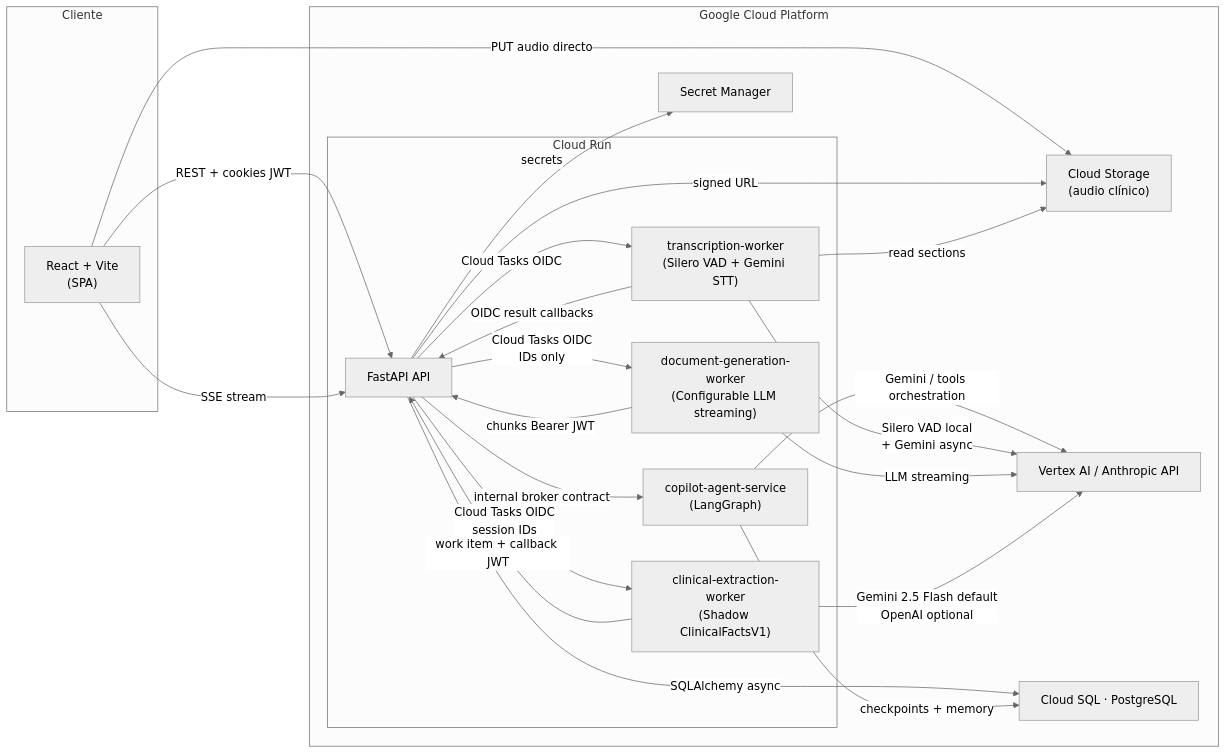
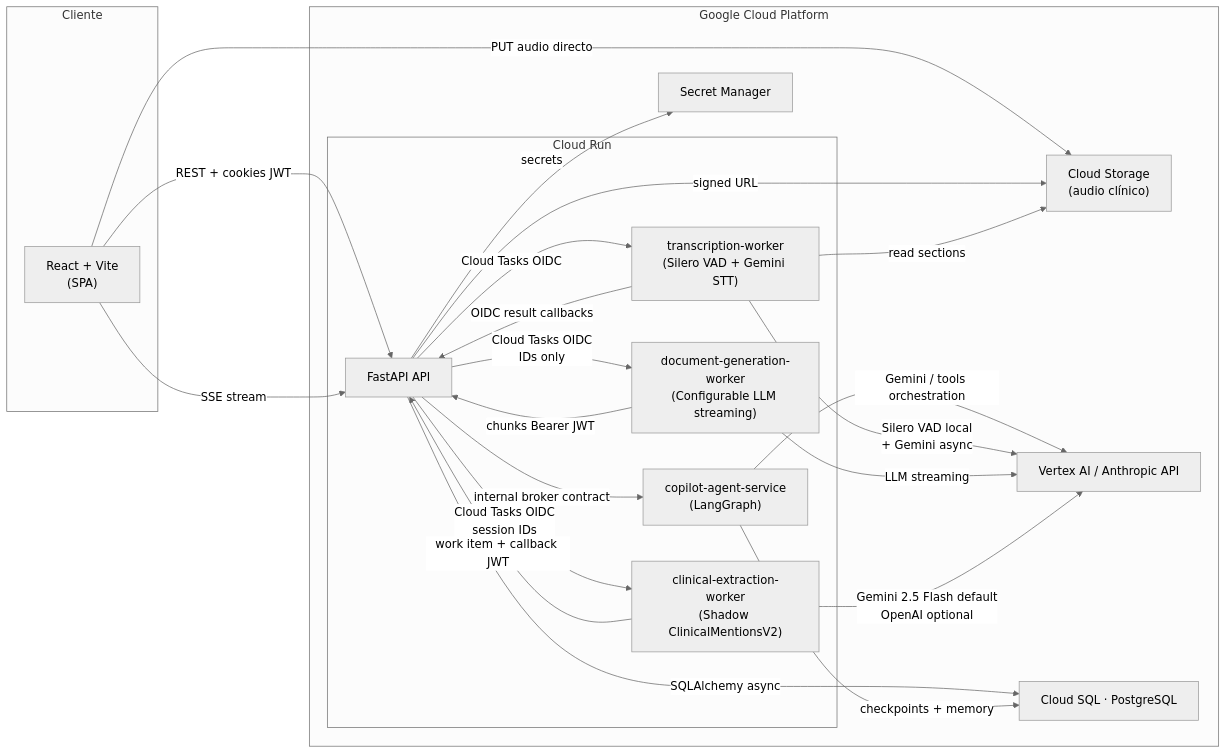
One commit to Jmoreno844/medical-ai-webapp changed the first of 3 diagrams in docs/architecture/system-overview.md. Above: the diagram before and after it, drawn with Mermaid (neutral theme). The commit also changed other lines of this file and 312 other files, not shown here.

````diff
--- a/docs/architecture/system-overview.md
+++ b/docs/architecture/system-overview.md
@@ -10,44 +10,44 @@
 ```mermaid
 graph LR
     subgraph client ["Cliente"]
         Browser["React + Vite\n(SPA)"]
     end
 
     subgraph gcp ["Google Cloud Platform"]
         subgraph backend_run ["Cloud Run"]
             Backend["FastAPI API"]
             Worker["transcription-worker\n(Silero VAD + Gemini STT)"]
             DocWorker["document-generation-worker\n(Configurable LLM streaming)"]
-            ExtractionWorker["clinical-extraction-worker\n(Shadow ClinicalFactsV1)"]
+            ExtractionWorker["clinical-extraction-worker\n(Shadow ClinicalMentionsV2)"]
             Copilot["copilot-agent-service\n(LangGraph)"]
         end
         GCS["Cloud Storage\n(audio clínico)"]
         LLMProviders["Vertex AI / Anthropic API"]
         PG["Cloud SQL · PostgreSQL"]
         SM["Secret Manager"]
     end
 
     Browser -->|"REST + cookies JWT"| Backend
     Browser -->|"PUT audio directo"| GCS
     Browser -->|"SSE stream"| Backend
 
     Backend -->|"SQLAlchemy async"| PG
     Backend -->|"signed URL"| GCS
     Backend -->|"Cloud Tasks OIDC\nIDs only"| DocWorker
     Backend -->|"internal broker contract"| Copilot
     Backend -->|"secrets"| SM
 
     Copilot -->|"checkpoints + memory"| PG
     Copilot -->|"Gemini / tools orchestration"| LLMProviders
 
     Backend -->|"Cloud Tasks OIDC"| Worker
     Worker -->|"read sections"| GCS
     Worker -->|"Silero VAD local\n+ Gemini async"| LLMProviders
     Worker -->|"OIDC result callbacks"| Backend
 
     DocWorker -->|"LLM streaming"| LLMProviders
     DocWorker -->|"chunks Bearer JWT"| Backend
     Backend -->|"Cloud Tasks OIDC\nsession IDs"| ExtractionWorker
     ExtractionWorker -->|"work item + callback JWT"| Backend
     ExtractionWorker -->|"Gemini 2.5 Flash default\nOpenAI optional"| LLMProviders
 ```
````
